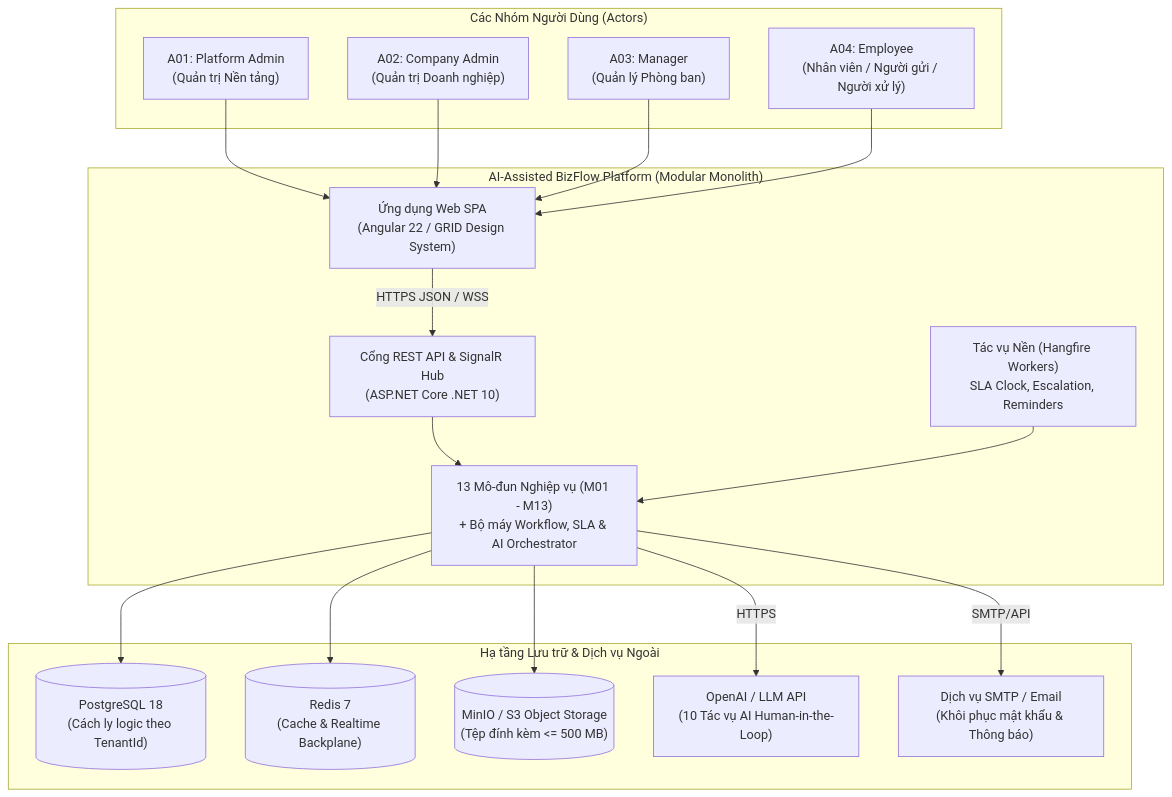
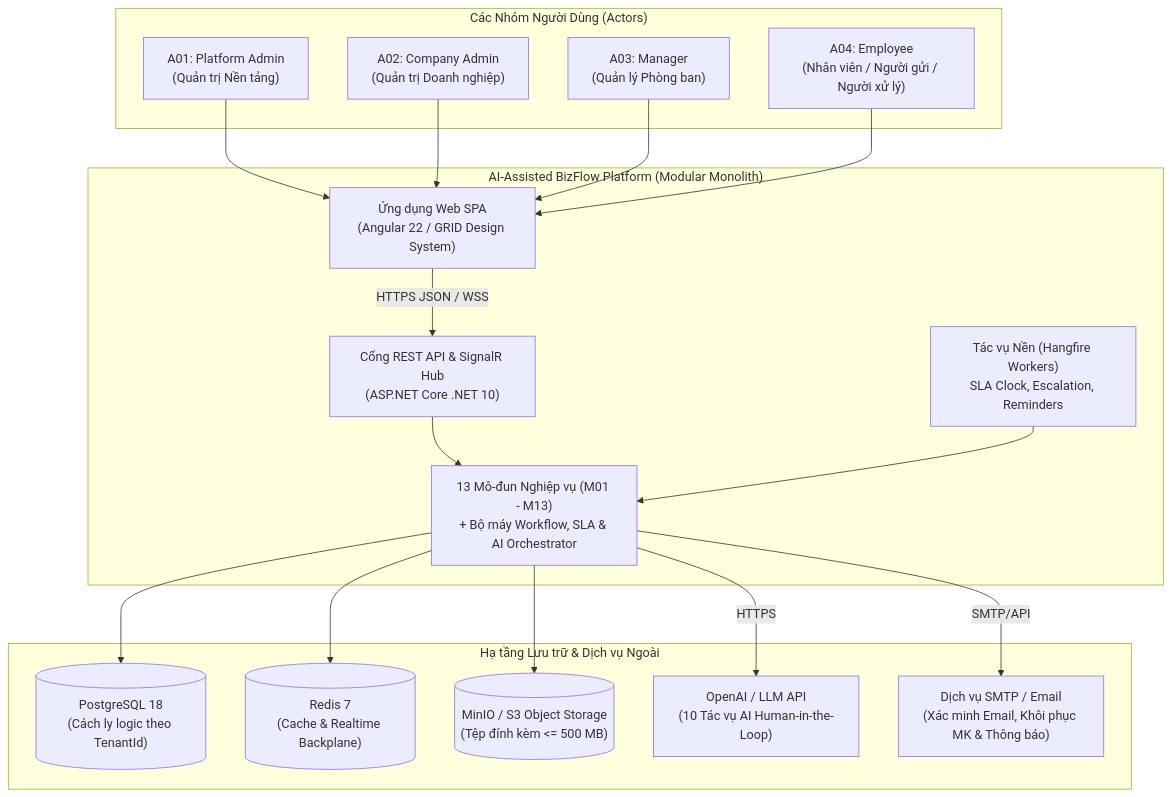
Before and after one commit to TxRyeSayNo/AI-Assisted-BizFlow-Platform: the first of 5 diagrams in docs/requirements/srs/SRS_v1.0_DRAFT.md, drawn with Mermaid. The commit also changed other lines of this file and 53 other files, not shown here.

Commit message:
feat: initialize backend domain models, api controllers, and system architecture specifications for BizFlow platform

````diff
--- a/docs/requirements/srs/SRS_v1.0_DRAFT.md
+++ b/docs/requirements/srs/SRS_v1.0_DRAFT.md
@@ -140,37 +141,37 @@
 ```mermaid
 flowchart TB
     subgraph Users["Các Nhóm Người Dùng (Actors)"]
         PA["A01: Platform Admin\n(Quản trị Nền tảng)"]
         CA["A02: Company Admin\n(Quản trị Doanh nghiệp)"]
         MG["A03: Manager\n(Quản lý Phòng ban)"]
         EM["A04: Employee\n(Nhân viên / Người gửi / Người xử lý)"]
     end
 
     subgraph BizFlow["AI-Assisted BizFlow Platform (Modular Monolith)"]
         UI["Ứng dụng Web SPA\n(Angular 22 / GRID Design System)"]
         API["Cổng REST API & SignalR Hub\n(ASP.NET Core .NET 10)"]
         Core["13 Mô-đun Nghiệp vụ (M01 - M13)\n+ Bộ máy Workflow, SLA & AI Orchestrator"]
         Worker["Tác vụ Nền (Hangfire Workers)\nSLA Clock, Escalation, Reminders"]
     end
 
     subgraph Infra["Hạ tầng Lưu trữ & Dịch vụ Ngoài"]
         PG[("PostgreSQL 18\n(Cách ly logic theo TenantId)")]
         RD[("Redis 7\n(Cache & Realtime Backplane)")]
         S3[("MinIO / S3 Object Storage\n(Tệp đính kèm <= 500 MB)")]
         LLM["OpenAI / LLM API\n(10 Tác vụ AI Human-in-the-Loop)"]
-        SMTP["Dịch vụ SMTP / Email\n(Khôi phục mật khẩu & Thông báo)"]
+        SMTP["Dịch vụ SMTP / Email\n(Xác minh Email, Khôi phục MK & Thông báo)"]
     end
 
     PA --> UI
     CA --> UI
     MG --> UI
     EM --> UI
     UI -->|HTTPS JSON / WSS| API
     API --> Core
     Worker --> Core
     Core --> PG
     Core --> RD
     Core --> S3
     Core -->|HTTPS| LLM
     Core -->|SMTP/API| SMTP
 ```
````
